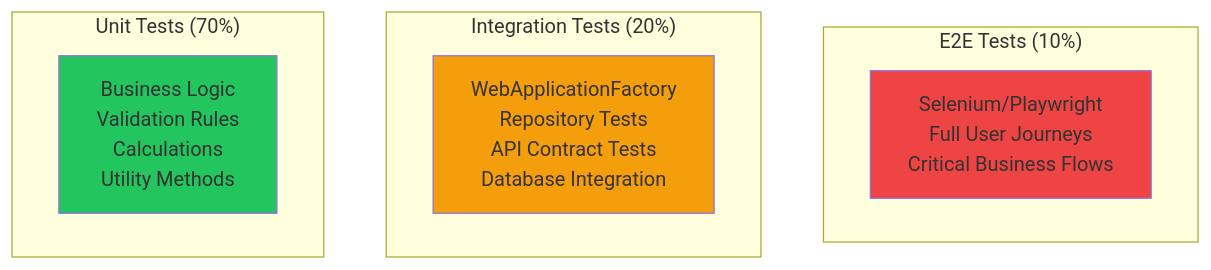
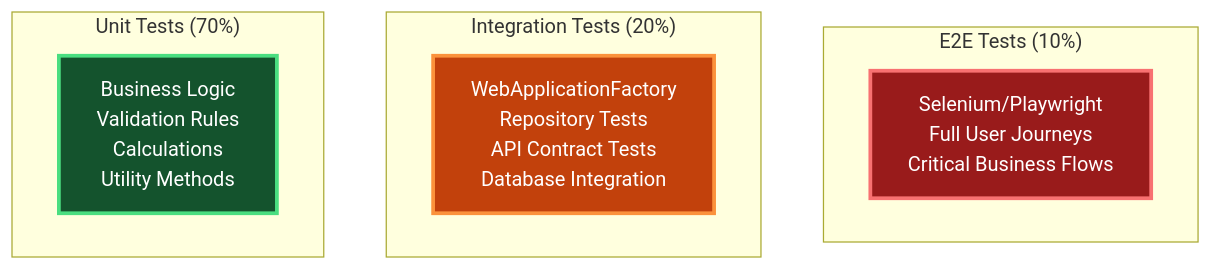
Before and after one commit to mleppedev/aio: the diagram in docs/tablas/testing-strategies.md, drawn with Mermaid. The commit also changed 16 other files, not shown here.

````diff
--- a/docs/tablas/testing-strategies.md
+++ b/docs/tablas/testing-strategies.md
@@ -303,18 +303,22 @@
 ```mermaid
 graph TB
     subgraph "E2E Tests (10%)"
         A[Selenium/Playwright<br/>Full User Journeys<br/>Critical Business Flows]
     end
 
     subgraph "Integration Tests (20%)"
         B[WebApplicationFactory<br/>Repository Tests<br/>API Contract Tests<br/>Database Integration]
     end
 
     subgraph "Unit Tests (70%)"
         C[Business Logic<br/>Validation Rules<br/>Calculations<br/>Utility Methods]
     end
 
-    style A fill:#ef4444
-    style B fill:#f59e0b
-    style C fill:#22c55e
+    classDef e2eTest fill:#991b1b,stroke:#f87171,stroke-width:3px,color:#ffffff
+    classDef integrationTest fill:#c2410c,stroke:#fb923c,stroke-width:3px,color:#ffffff
+    classDef unitTest fill:#14532d,stroke:#4ade80,stroke-width:3px,color:#ffffff
+    
+    class A e2eTest
+    class B integrationTest
+    class C unitTest
 ```
````
